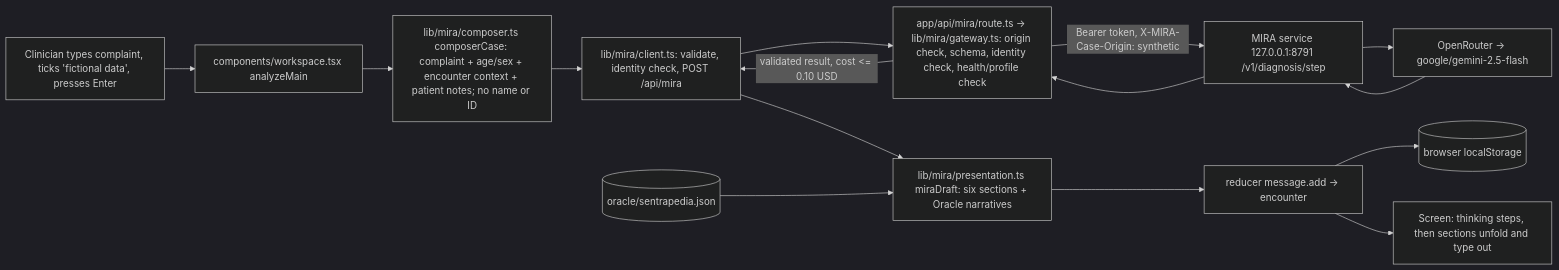
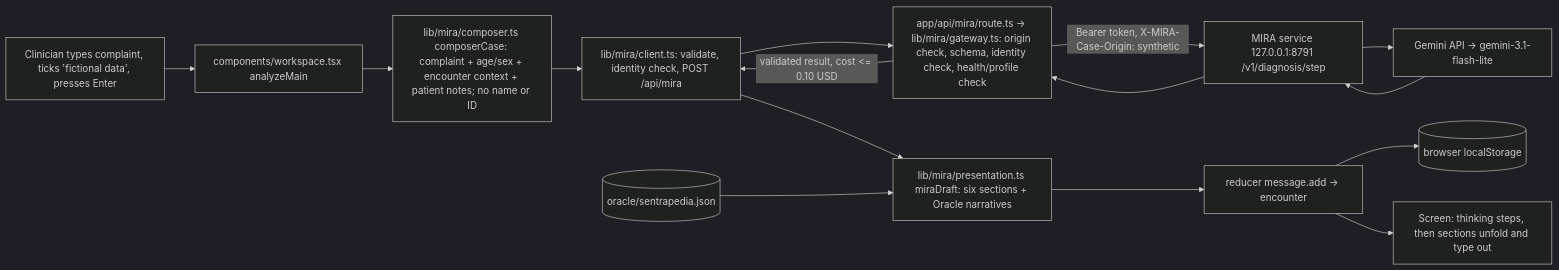
One commit to drferdi/Sentrapedia changed the diagram in docs/architecture.md. Above: the diagram before and after it, drawn with Mermaid (dark theme). The commit also changed other lines of this file and 20 other files, not shown here.

First line of the commit message:
feat(mira): call the Gemini API directly, warm TheOracle at startup, restart the engine (R1)

````diff
--- a/docs/architecture.md
+++ b/docs/architecture.md
@@ -83,15 +83,15 @@
 ```mermaid
 flowchart LR
   U[Clinician types complaint, ticks 'fictional data', presses Enter] --> W[components/workspace.tsx analyzeMain]
   W --> C[lib/mira/composer.ts composerCase: complaint + age/sex + encounter context + patient notes; no name or ID]
   C --> CL[lib/mira/client.ts: validate, identity check, POST /api/mira]
   CL --> G[app/api/mira/route.ts -> lib/mira/gateway.ts: origin check, schema, identity check, health/profile check]
   G -->|Bearer token, X-MIRA-Case-Origin: synthetic| M[MIRA service 127.0.0.1:8791 /v1/diagnosis/step]
-  M --> OR[OpenRouter -> google/gemini-2.5-flash]
+  M --> OR[Gemini API -> gemini-3.1-flash-lite]
   OR --> M --> G
   G -->|validated result, cost <= 0.10 USD| CL --> P[lib/mira/presentation.ts miraDraft: six sections + Oracle narratives]
   O[(oracle/sentrapedia.json)] --> P
   P --> R[reducer message.add -> encounter]
   R --> LS[(browser localStorage)]
   R --> V[Screen: thinking steps, then sections unfold and type out]
 ```
````
